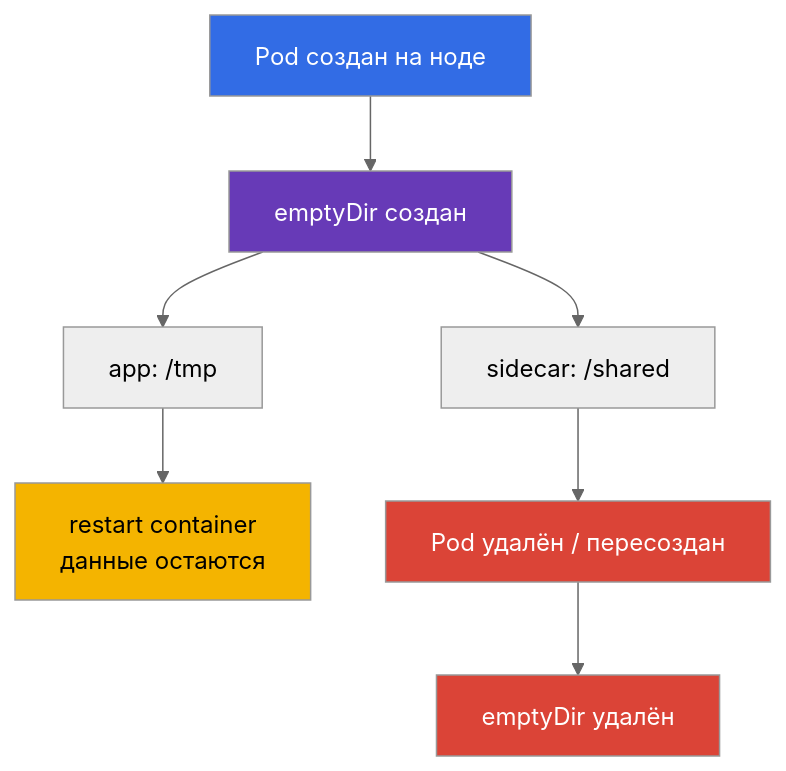
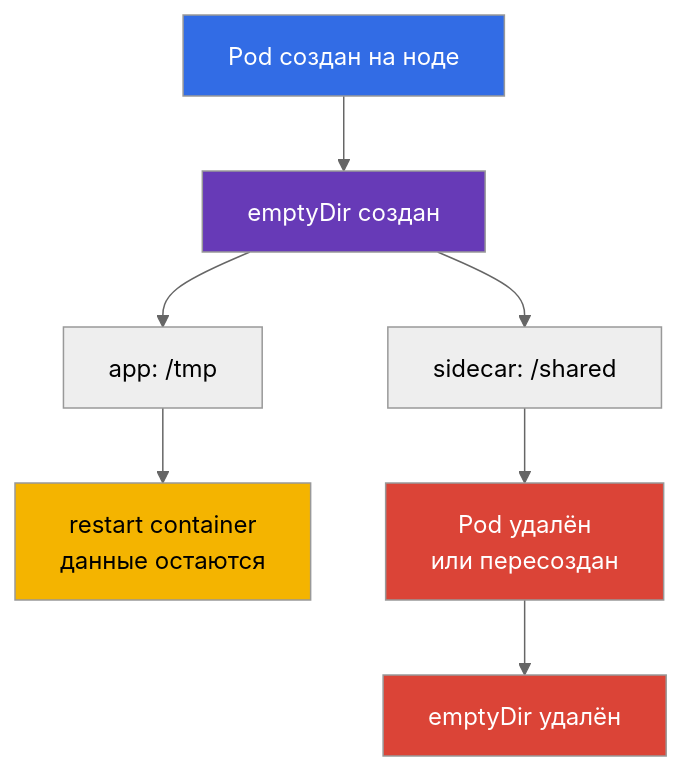
Before and after one commit to ViktorUJ/cks: the second of 3 diagrams in tasks/cks/course/31/ru.md, drawn with Mermaid (neutral theme). The commit also changed other lines of this file and 15 other files, not shown here.

````diff
--- a/tasks/cks/course/31/ru.md
+++ b/tasks/cks/course/31/ru.md
@@ -188,14 +196,14 @@
 ```mermaid
 flowchart TB
     pod["Pod создан на ноде"] --> ed["emptyDir создан"]
     ed --> c1["app: /tmp"]
     ed --> c2["sidecar: /shared"]
     c1 --> restart["restart container<br/>данные остаются"]
-    c2 --> delete["Pod удалён / пересоздан"]
+    c2 --> delete["Pod удалён<br/>или пересоздан"]
     delete --> gone["emptyDir удалён"]
     style pod fill:#326ce5,color:#fff
     style ed fill:#673ab7,color:#fff
     style restart fill:#f4b400,color:#000
     style delete fill:#db4437,color:#fff
     style gone fill:#db4437,color:#fff
 ```
````
